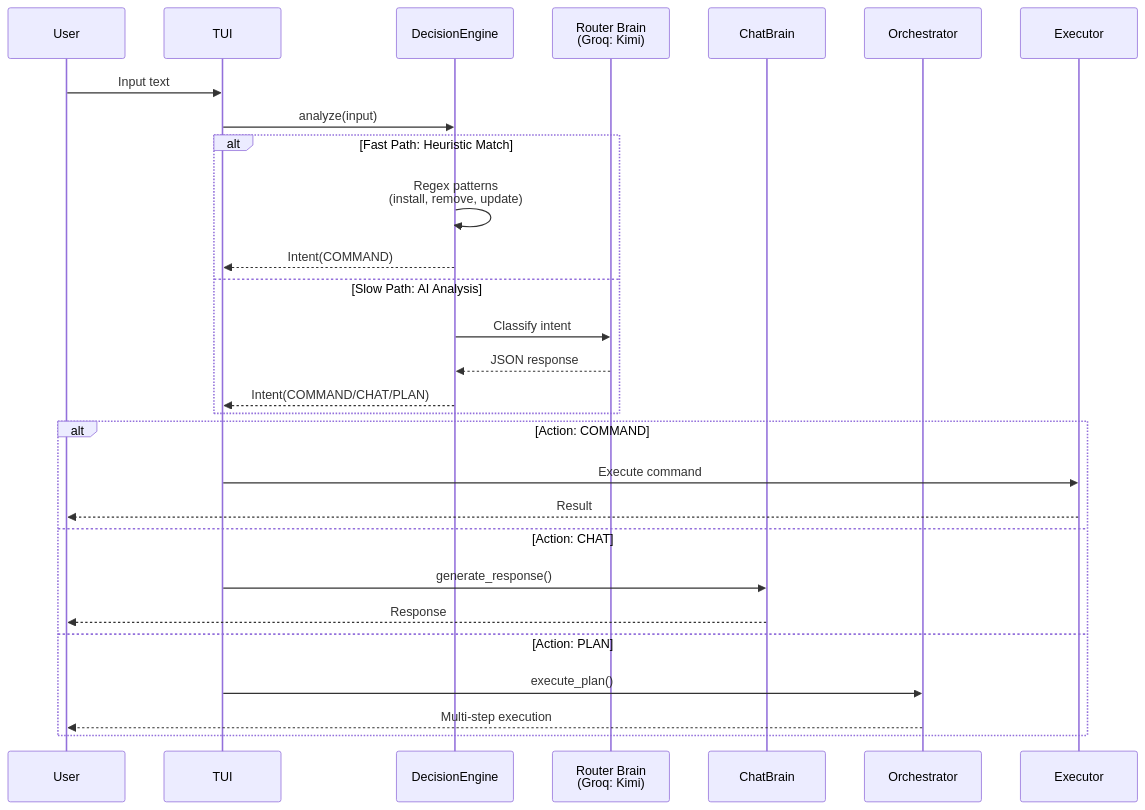
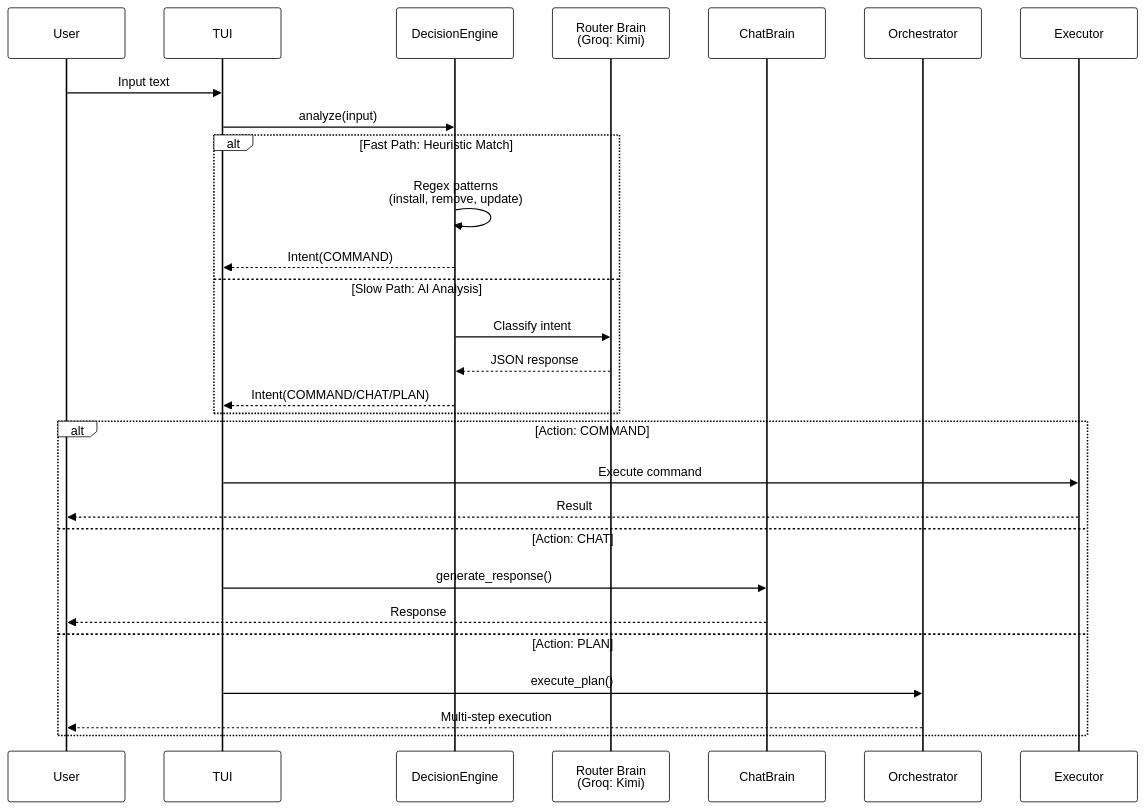
One commit to Garvit1000/nexus changed the third of 6 diagrams in README.md. Above: the diagram before and after it, drawn with Mermaid. The commit also changed other lines of this file and 3 other files, not shown here.

````diff
--- a/README.md
+++ b/README.md
@@ -126,33 +127,34 @@
 ```mermaid
+%%{init: {"theme": "base", "themeVariables": {"fontFamily": "monospace", "lineColor": "#000", "actorBkg": "#fff", "actorBorder": "#000", "actorTextColor": "#000", "signalColor": "#000", "signalTextColor": "#000", "noteBkg": "#ffe600", "noteBorderColor": "#000", "noteTextColor": "#000", "activationBorderColor": "#000", "activationBkgColor": "#ff4949"}}}%%
 sequenceDiagram
     participant User
     participant TUI
     participant DecisionEngine
     participant Router as Router Brain<br/>(Groq: Kimi)
     participant ChatBrain
     participant Orchestrator
     participant Executor
-    
+
     User->>TUI: Input text
     TUI->>DecisionEngine: analyze(input)
-    
+
     alt Fast Path: Heuristic Match
         DecisionEngine->>DecisionEngine: Regex patterns<br/>(install, remove, update)
         DecisionEngine-->>TUI: Intent(COMMAND)
     else Slow Path: AI Analysis
         DecisionEngine->>Router: Classify intent
         Router-->>DecisionEngine: JSON response
         DecisionEngine-->>TUI: Intent(COMMAND/CHAT/PLAN)
     end
-    
+
     alt Action: COMMAND
         TUI->>Executor: Execute command
         Executor-->>User: Result
     else Action: CHAT
         TUI->>ChatBrain: generate_response()
         ChatBrain-->>User: Response
     else Action: PLAN
         TUI->>Orchestrator: execute_plan()
         Orchestrator-->>User: Multi-step execution
     end
 ```
````
